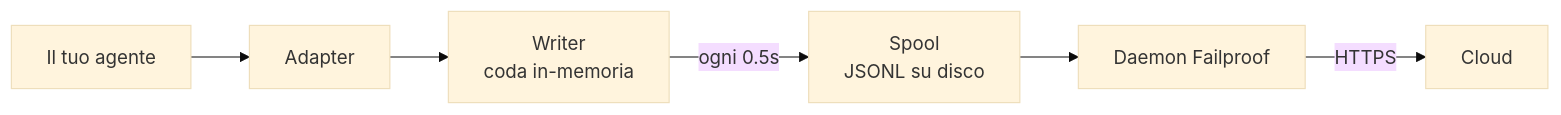
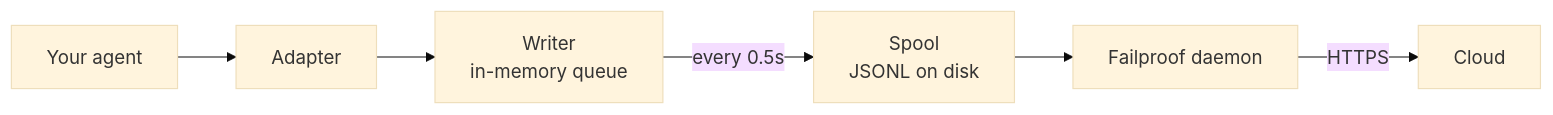
The second of 2 diagrams in docs/it/start/integrations/custom-agents.mdx (FailproofAI/failproofai), drawn with Mermaid (base theme) before and after one commit. The commit also changed other lines of this file and 13 other files, not shown here.

````diff
--- a/docs/it/start/integrations/custom-agents.mdx
+++ b/docs/it/start/integrations/custom-agents.mdx
@@ -615,8 +615,8 @@
 ```mermaid
 flowchart LR
-    A["Il tuo agente"] --> B["Adapter"]
-    B --> C["Writer<br/>coda in-memoria"]
-    C -->|"ogni 0.5s"| D["Spool<br/>JSONL su disco"]
-    D --> E["Daemon Failproof"]
+    A["Your agent"] --> B["Adapter"]
+    B --> C["Writer<br/>in-memory queue"]
+    C -->|"every 0.5s"| D["Spool<br/>JSONL on disk"]
+    D --> E["Failproof daemon"]
     E -->|"HTTPS"| F["Cloud"]
 ```
````
